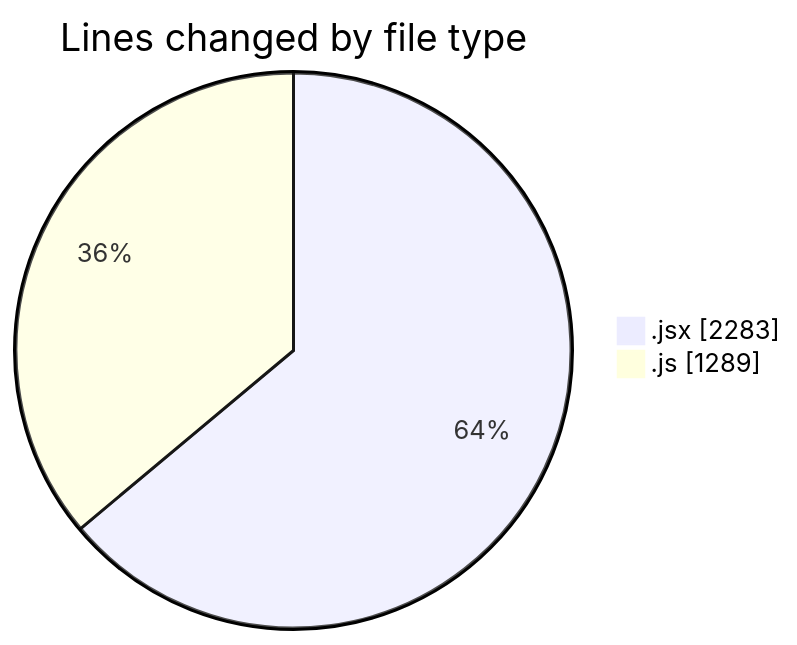
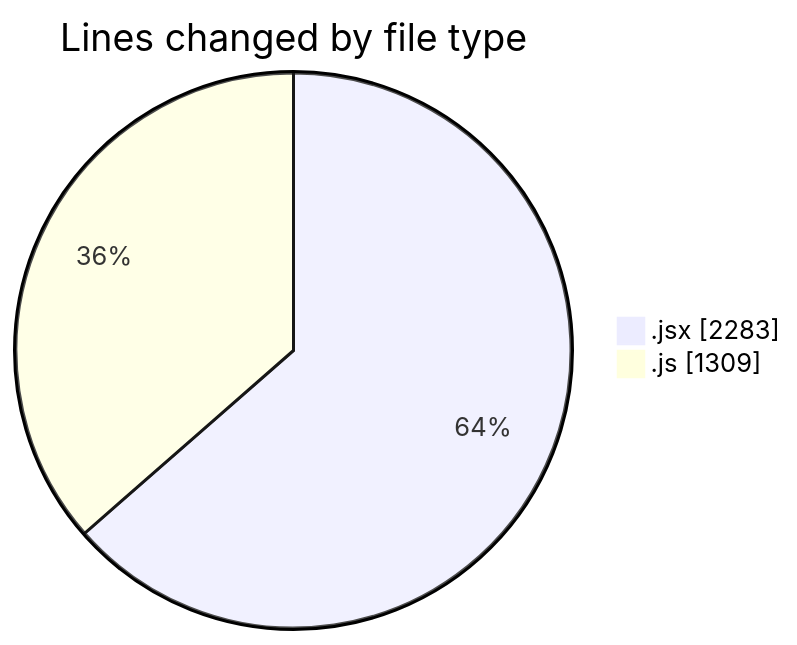
The first of 2 diagrams in 2025-11-13/argos/README.md (nxtqubesakshisongat/code-tracking), drawn with Mermaid before and after one commit. The commit also changed other lines of this file and 1 other file, not shown here.

````diff
--- a/2025-11-13/argos/README.md
+++ b/2025-11-13/argos/README.md
@@ -33,6 +33,6 @@
 ```mermaid
 pie showData
 title Lines changed by file type
 ".jsx" : 2283
-".js" : 1289
+".js" : 1309
 ```
````
